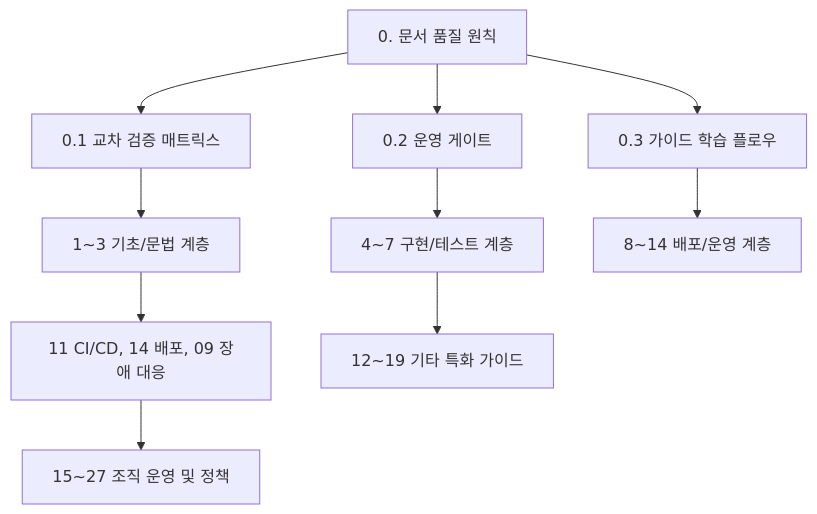
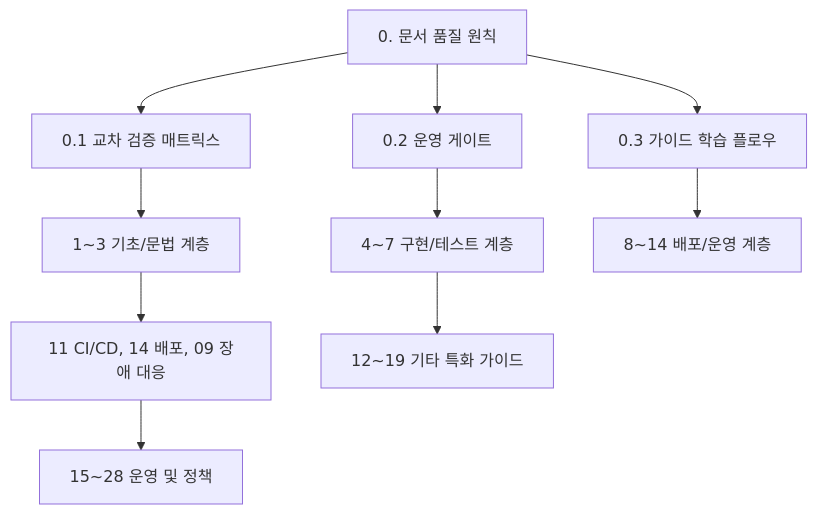
The fourth of 9 diagrams in public/개발가이드/00_종합_가이드_목차.md (blue45f/heejun), drawn with Mermaid before and after one commit. The commit also changed other lines of this file and 6 other files, not shown here.

````diff
--- a/public/개발가이드/00_종합_가이드_목차.md
+++ b/public/개발가이드/00_종합_가이드_목차.md
@@ -180,12 +181,12 @@
 ```mermaid
 flowchart TD
   A["0. 문서 품질 원칙"] --> B["0.1 교차 검증 매트릭스"]
   A --> C["0.2 운영 게이트"]
   A --> D["0.3 가이드 학습 플로우"]
   B --> E["1~3 기초/문법 계층"]
   C --> F["4~7 구현/테스트 계층"]
   D --> G["8~14 배포/운영 계층"]
   E --> H["11 CI/CD, 14 배포, 09 장애 대응"]
   F --> I["12~19 기타 특화 가이드"]
-  H --> J["15~27 조직 운영 및 정책"]
+  H --> J["15~28 운영 및 정책"]
 ```
````
